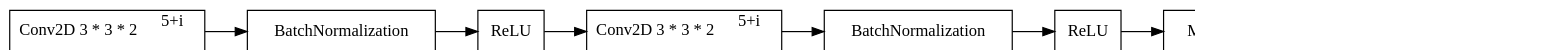
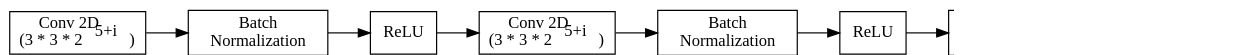
One commit to Wizdore/FreezeNET changed the diagram in white-box/model_graphs/convblock.gv. Above: the diagram before and after it, drawn with Graphviz. The commit also changed 6 other files, not shown here.

Commit message:
Add line breaks to model graphs

```diff
--- a/white-box/model_graphs/convblock.gv
+++ b/white-box/model_graphs/convblock.gv
@@ -1,21 +1,21 @@
 digraph G {
 concentrate=True;
 dpi=96;
 rankdir=LR;
 node [shape=record];
-139875206869200 [label=<Conv2D 3 * 3 * 2<SUP> 5+i </SUP>>];
-139875206869728 [label="BatchNormalization"];
+139875206869200 [label=<Conv 2D <BR/>(3 * 3 * 2<SUP> 5+i </SUP>)>];
+139875206869728 [label="Batch \nNormalization"];
 139875206872128 [label="ReLU"];
-139875206975552 [label=<Conv2D 3 * 3 * 2<SUP> 5+i </SUP>>];
-139875208415984 [label="BatchNormalization"];
+139875206975552 [label=<Conv 2D <BR/>(3 * 3 * 2<SUP> 5+i </SUP>)>];
+139875208415984 [label="Batch \nNormalization"];
 139875208583248 [label="ReLU"];
-139875208408224 [label="MaxPooling2D (2*2)"];
-139875208500368 [label="Dropout ((i+2) / 10)"];
+139875208408224 [label="Max Pooling 2D \n(2*2)"];
+139875208500368 [label="Dropout \n((i+2) / 10)"];
 139875206869200 -> 139875206869728;
 139875206869728 -> 139875206872128;
 139875206872128 -> 139875206975552;
 139875206975552 -> 139875208415984;
 139875208415984 -> 139875208583248;
 139875208583248 -> 139875208408224;
 139875208408224 -> 139875208500368;
 }
```
